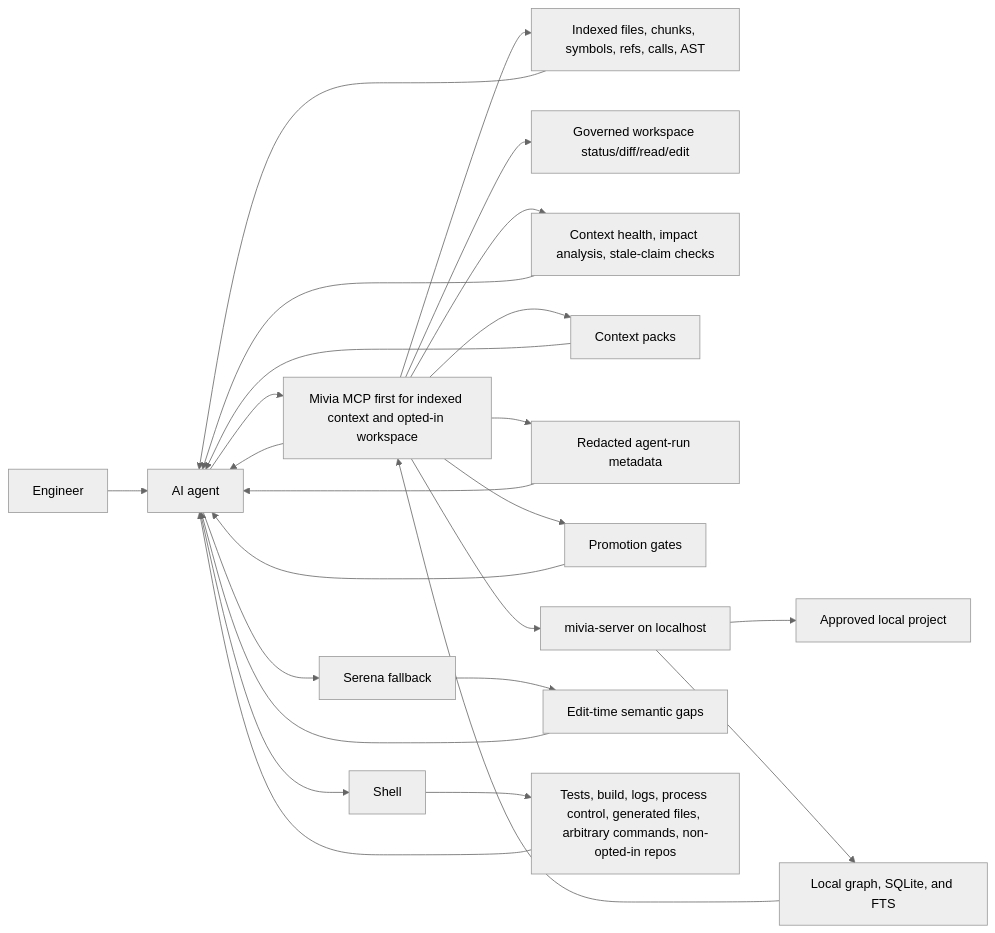
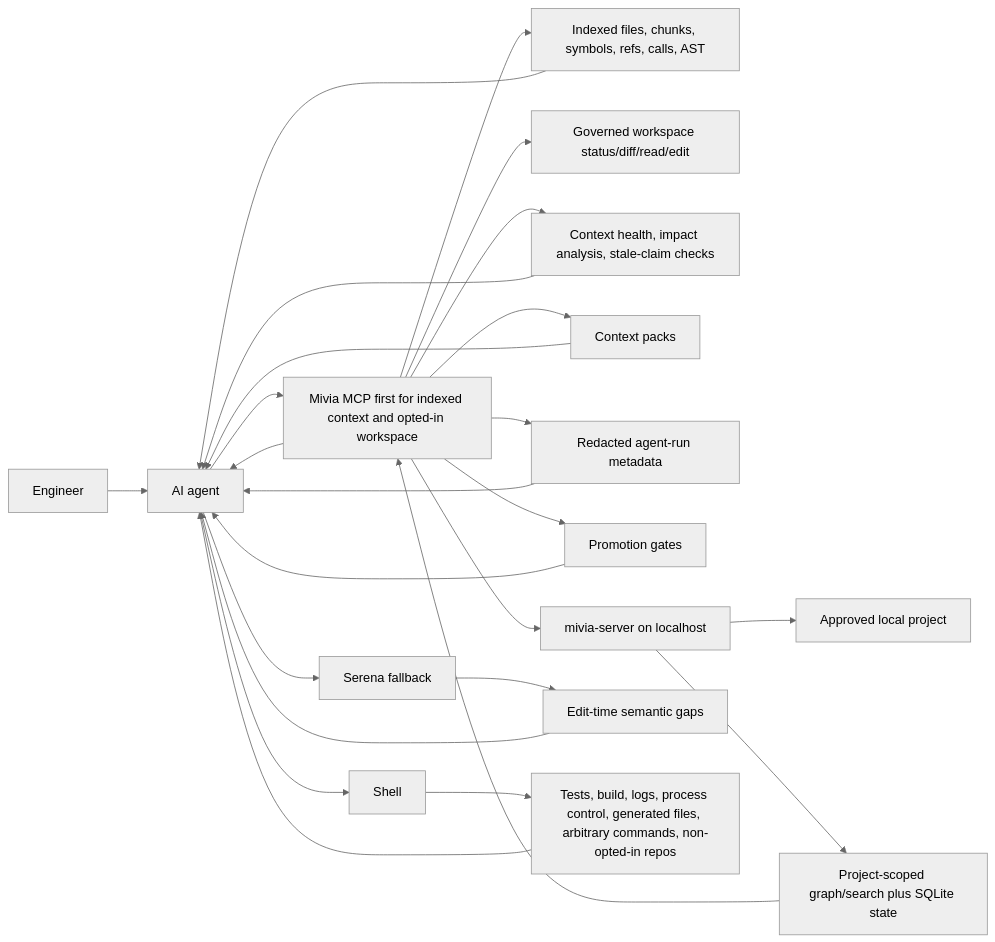
Before and after one commit to MiviaLabs/go-mivia: the diagram in docs/agent-context-guide.md, drawn with Mermaid (neutral theme). The commit also changed other lines of this file and 15 other files, not shown here.

````diff
--- a/docs/agent-context-guide.md
+++ b/docs/agent-context-guide.md
@@ -20,27 +20,27 @@
 ```mermaid
 flowchart LR
   Engineer["Engineer"] --> Agent["AI agent"]
   Agent --> MCP["Mivia MCP first for indexed context and opted-in workspace"]
   Agent --> Serena["Serena fallback"]
   Agent --> Shell["Shell"]
   MCP --> Indexed["Indexed files, chunks, symbols, refs, calls, AST"]
   MCP --> Workspace["Governed workspace status/diff/read/edit"]
   MCP --> Reliability["Context health, impact analysis, stale-claim checks"]
   MCP --> ContextPack["Context packs"]
   MCP --> AgentRuns["Redacted agent-run metadata"]
   MCP --> Promotion["Promotion gates"]
   MCP --> Server["mivia-server on localhost"]
   Server --> Project["Approved local project"]
-  Server --> Store["Local graph, SQLite, and FTS"]
+  Server --> Store["Project-scoped graph/search plus SQLite state"]
   Store --> MCP
   Indexed --> Agent
   Reliability --> Agent
   ContextPack --> Agent
   AgentRuns --> Agent
   Promotion --> Agent
   Serena --> Code["Edit-time semantic gaps"]
   Shell --> Disk["Tests, build, logs, process control, generated files, arbitrary commands, non-opted-in repos"]
   Code --> Agent
   Disk --> Agent
   MCP --> Agent
 ```
````
